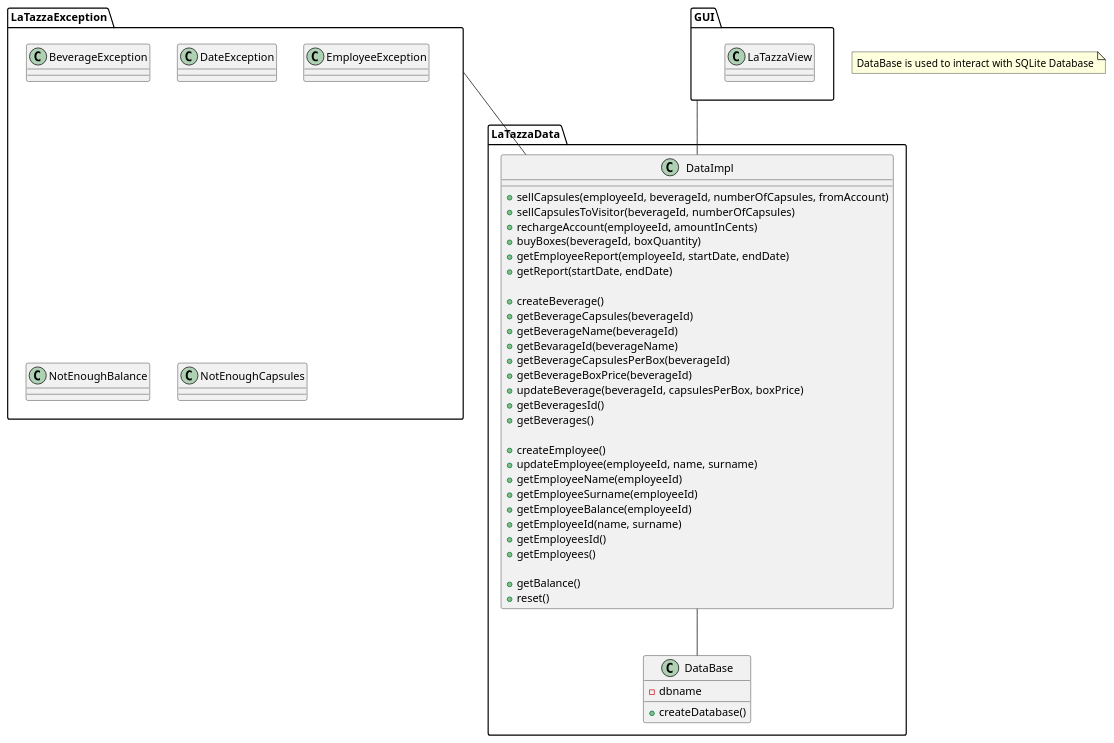
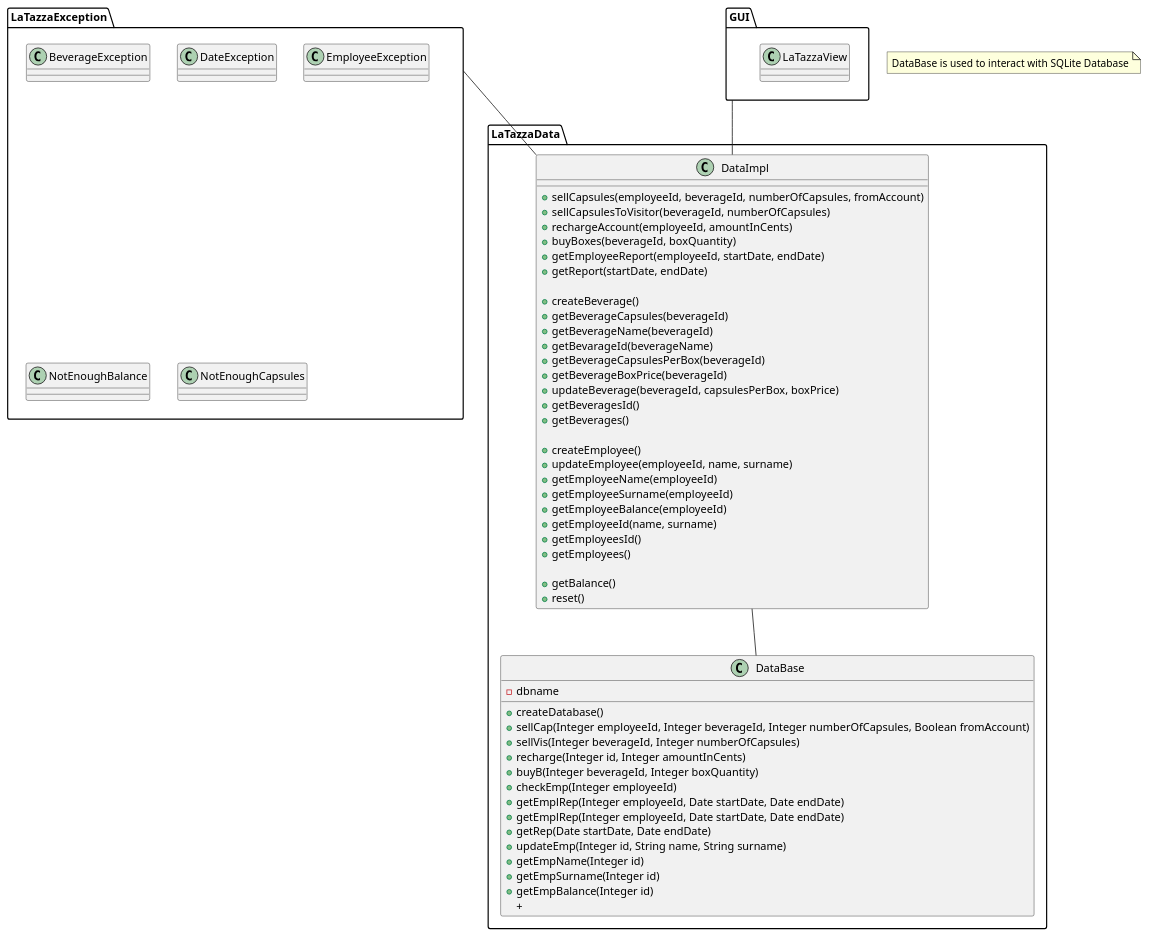
Before and after one commit to SimoneDutto/LaTazza: the second of 3 diagrams in templates/DesignDocumentTemplate.md, drawn with PlantUML. The commit also changed other lines of this file, not shown here.

````diff
--- a/templates/DesignDocumentTemplate.md
+++ b/templates/DesignDocumentTemplate.md
@@ -39,62 +40,75 @@
 ```plantuml
 package LaTazzaException{
  class BeverageException 
  class DateException 
  class EmployeeException 
  class NotEnoughBalance 
  class NotEnoughCapsules 
 }
 
 package LaTazzaData{
 class DataImpl {
 
 {method} + sellCapsules(employeeId, beverageId, numberOfCapsules, fromAccount)
 {method} + sellCapsulesToVisitor(beverageId, numberOfCapsules)
 {method} + rechargeAccount(employeeId, amountInCents) 
 {method} + buyBoxes(beverageId, boxQuantity)
 {method} + getEmployeeReport(employeeId, startDate, endDate)
 {method} + getReport(startDate, endDate)
 
 {method} + createBeverage()
 {method} + getBeverageCapsules(beverageId)
 {method} + getBeverageName(beverageId)
 {method} + getBevarageId(beverageName)
 {method} + getBeverageCapsulesPerBox(beverageId)
 {method} + getBeverageBoxPrice(beverageId)
 {method} + updateBeverage(beverageId, capsulesPerBox, boxPrice)
 {method} + getBeveragesId()
 {method} + getBeverages()
 
 {method} + createEmployee()
 {method} + updateEmployee(employeeId, name, surname)
 {method} + getEmployeeName(employeeId)
 {method} + getEmployeeSurname(employeeId)
 {method} + getEmployeeBalance(employeeId)
 {method} + getEmployeeId(name, surname)
 {method} + getEmployeesId()
 {method} + getEmployees()
 
 {method} + getBalance()
 {method} + reset()
 }
 
 class DataBase{
 - dbname
 {method} + createDatabase()
+{method} + sellCap(Integer employeeId, Integer beverageId, Integer numberOfCapsules, Boolean fromAccount)
+{method} + sellVis(Integer beverageId, Integer numberOfCapsules)
+{method} + recharge(Integer id, Integer amountInCents)
+{method} + buyB(Integer beverageId, Integer boxQuantity)
+{method} + checkEmp(Integer employeeId)
+{method} + getEmplRep(Integer employeeId, Date startDate, Date endDate)
+{method} + getEmplRep(Integer employeeId, Date startDate, Date endDate)
+{method} + getRep(Date startDate, Date endDate)
+{method} + updateEmp(Integer id, String name, String surname)
+{method} + getEmpName(Integer id)
+{method} + getEmpSurname(Integer id)
+{method} + getEmpBalance(Integer id)
+{method} + 
 }
 }
 
 DataImpl -- DataBase
 
 package GUI{
 class LaTazzaView{
     
 } 
 }
 
 GUI -- DataImpl
 LaTazzaException -- DataImpl
 
 note "DataBase is used to interact with SQLite Database" as n1
 
 ```
````
